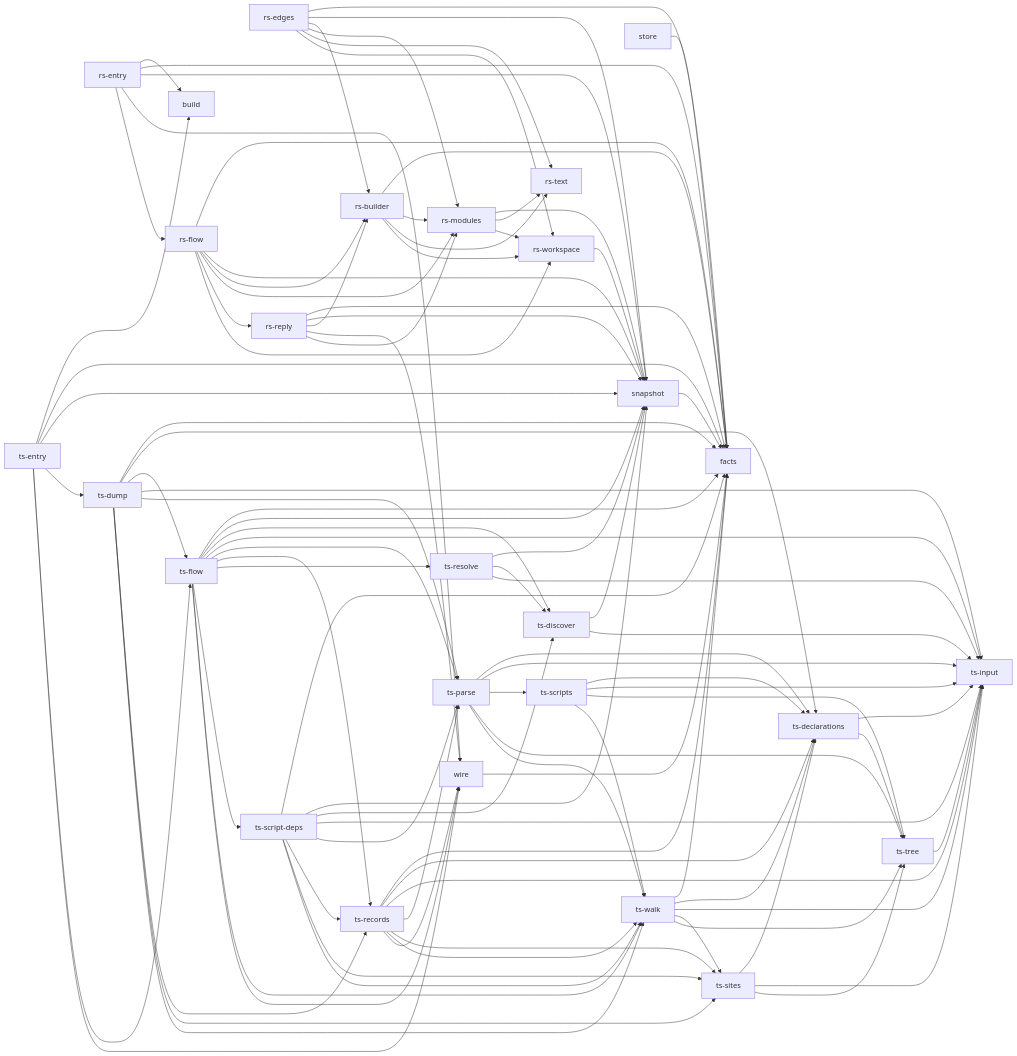
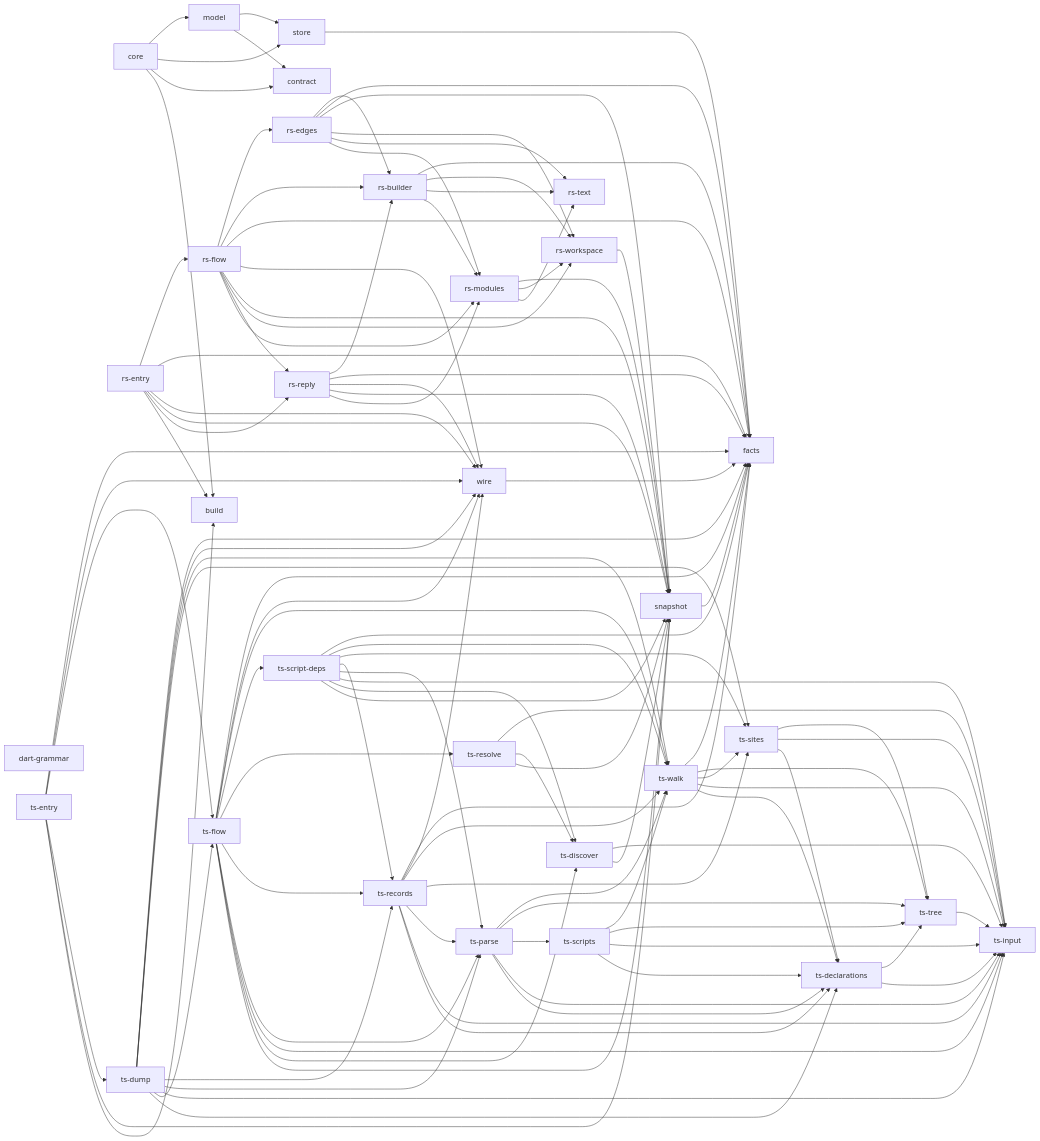
Before and after one commit to rapiddweller/archkeel: the diagram in docs/architecture/native.md, drawn with Mermaid. The commit also changed other lines of this file and 31 other files, not shown here.

First line of the commit message:
Add the model crate and the core binary of WP6 (slice 0b)

````diff
--- a/docs/architecture/native.md
+++ b/docs/architecture/native.md
@@ -56,127 +65,141 @@
 ```mermaid
 flowchart LR
     n_0["build"]
-    n_1["facts"]
-    n_2["rs-builder"]
-    n_3["rs-edges"]
-    n_4["rs-entry"]
-    n_5["rs-flow"]
-    n_6["rs-modules"]
-    n_7["rs-reply"]
-    n_8["rs-text"]
-    n_9["rs-workspace"]
-    n_10["snapshot"]
-    n_11["store"]
-    n_12["ts-declarations"]
-    n_13["ts-discover"]
-    n_14["ts-dump"]
-    n_15["ts-entry"]
-    n_16["ts-flow"]
-    n_17["ts-input"]
-    n_18["ts-parse"]
-    n_19["ts-records"]
-    n_20["ts-resolve"]
-    n_21["ts-script-deps"]
-    n_22["ts-scripts"]
-    n_23["ts-sites"]
-    n_24["ts-tree"]
-    n_25["ts-walk"]
-    n_26["wire"]
-    n_10 --> n_1
-    n_11 --> n_1
-    n_12 --> n_17
-    n_12 --> n_24
-    n_13 --> n_10
-    n_13 --> n_17
-    n_14 --> n_1
-    n_14 --> n_12
-    n_14 --> n_16
-    n_14 --> n_17
-    n_14 --> n_18
-    n_14 --> n_19
-    n_14 --> n_23
-    n_14 --> n_25
-    n_15 --> n_0
-    n_15 --> n_1
-    n_15 --> n_10
-    n_15 --> n_14
-    n_15 --> n_16
-    n_15 --> n_26
-    n_16 --> n_1
-    n_16 --> n_10
-    n_16 --> n_13
-    n_16 --> n_17
-    n_16 --> n_18
-    n_16 --> n_19
-    n_16 --> n_20
+    n_1["contract"]
+    n_2["core"]
+    n_3["dart-grammar"]
+    n_4["facts"]
+    n_5["model"]
+    n_6["rs-builder"]
+    n_7["rs-edges"]
+    n_8["rs-entry"]
+    n_9["rs-flow"]
+    n_10["rs-modules"]
+    n_11["rs-reply"]
+    n_12["rs-text"]
+    n_13["rs-workspace"]
+    n_14["snapshot"]
+    n_15["store"]
+    n_16["ts-declarations"]
+    n_17["ts-discover"]
+    n_18["ts-dump"]
+    n_19["ts-entry"]
+    n_20["ts-flow"]
+    n_21["ts-input"]
+    n_22["ts-parse"]
+    n_23["ts-records"]
+    n_24["ts-resolve"]
+    n_25["ts-script-deps"]
+    n_26["ts-scripts"]
+    n_27["ts-sites"]
+    n_28["ts-tree"]
+    n_29["ts-walk"]
+    n_30["wire"]
+    n_10 --> n_12
+    n_10 --> n_13
+    n_10 --> n_14
+    n_11 --> n_10
+    n_11 --> n_14
+    n_11 --> n_30
+    n_11 --> n_4
+    n_11 --> n_6
+    n_13 --> n_14
+    n_14 --> n_4
+    n_15 --> n_4
     n_16 --> n_21
-    n_16 --> n_25
-    n_16 --> n_26
-    n_18 --> n_12
-    n_18 --> n_17
+    n_16 --> n_28
+    n_17 --> n_14
+    n_17 --> n_21
+    n_18 --> n_16
+    n_18 --> n_20
+    n_18 --> n_21
     n_18 --> n_22
-    n_18 --> n_24
-    n_18 --> n_25
-    n_19 --> n_1
-    n_19 --> n_12
-    n_19 --> n_17
+    n_18 --> n_23
+    n_18 --> n_27
+    n_18 --> n_29
+    n_18 --> n_30
+    n_18 --> n_4
+    n_19 --> n_0
+    n_19 --> n_14
     n_19 --> n_18
-    n_19 --> n_23
-    n_19 --> n_25
-    n_19 --> n_26
+    n_19 --> n_20
+    n_19 --> n_30
+    n_19 --> n_4
+    n_2 --> n_0
     n_2 --> n_1
-    n_2 --> n_6
-    n_2 --> n_8
-    n_2 --> n_9
-    n_20 --> n_10
-    n_20 --> n_13
+    n_2 --> n_15
+    n_2 --> n_5
+    n_20 --> n_14
     n_20 --> n_17
-    n_21 --> n_1
-    n_21 --> n_10
-    n_21 --> n_13
-    n_21 --> n_17
-    n_21 --> n_18
-    n_21 --> n_19
-    n_21 --> n_23
-    n_21 --> n_25
-    n_22 --> n_12
-    n_22 --> n_17
-    n_22 --> n_24
-    n_22 --> n_25
-    n_23 --> n_12
-    n_23 --> n_17
-    n_23 --> n_24
+    n_20 --> n_21
+    n_20 --> n_22
+    n_20 --> n_23
+    n_20 --> n_24
+    n_20 --> n_25
+    n_20 --> n_29
+    n_20 --> n_30
+    n_20 --> n_4
+    n_22 --> n_16
+    n_22 --> n_21
+    n_22 --> n_26
+    n_22 --> n_28
+    n_22 --> n_29
+    n_23 --> n_16
+    n_23 --> n_21
+    n_23 --> n_22
+    n_23 --> n_27
+    n_23 --> n_29
+    n_23 --> n_30
+    n_23 --> n_4
+    n_24 --> n_14
     n_24 --> n_17
-    n_25 --> n_1
-    n_25 --> n_12
+    n_24 --> n_21
+    n_25 --> n_14
     n_25 --> n_17
+    n_25 --> n_21
+    n_25 --> n_22
     n_25 --> n_23
-    n_25 --> n_24
-    n_26 --> n_1
-    n_3 --> n_1
-    n_3 --> n_10
-    n_3 --> n_2
-    n_3 --> n_6
-    n_3 --> n_8
-    n_3 --> n_9
-    n_4 --> n_0
-    n_4 --> n_1
-    n_4 --> n_10
-    n_4 --> n_26
-    n_4 --> n_5
+    n_25 --> n_27
+    n_25 --> n_29
+    n_25 --> n_4
+    n_26 --> n_16
+    n_26 --> n_21
+    n_26 --> n_28
+    n_26 --> n_29
+    n_27 --> n_16
+    n_27 --> n_21
+    n_27 --> n_28
+    n_28 --> n_21
+    n_29 --> n_16
+    n_29 --> n_21
+    n_29 --> n_27
+    n_29 --> n_28
+    n_29 --> n_4
+    n_30 --> n_4
     n_5 --> n_1
-    n_5 --> n_10
-    n_5 --> n_2
-    n_5 --> n_6
-    n_5 --> n_7
-    n_5 --> n_9
+    n_5 --> n_15
     n_6 --> n_10
-    n_6 --> n_8
-    n_6 --> n_9
-    n_7 --> n_1
+    n_6 --> n_12
+    n_6 --> n_13
+    n_6 --> n_4
     n_7 --> n_10
-    n_7 --> n_2
-    n_7 --> n_26
+    n_7 --> n_12
+    n_7 --> n_13
+    n_7 --> n_14
+    n_7 --> n_4
     n_7 --> n_6
+    n_8 --> n_0
+    n_8 --> n_11
+    n_8 --> n_14
+    n_8 --> n_30
+    n_8 --> n_4
+    n_8 --> n_9
     n_9 --> n_10
+    n_9 --> n_11
+    n_9 --> n_13
+    n_9 --> n_14
+    n_9 --> n_30
+    n_9 --> n_4
+    n_9 --> n_6
+    n_9 --> n_7
 ```
````
